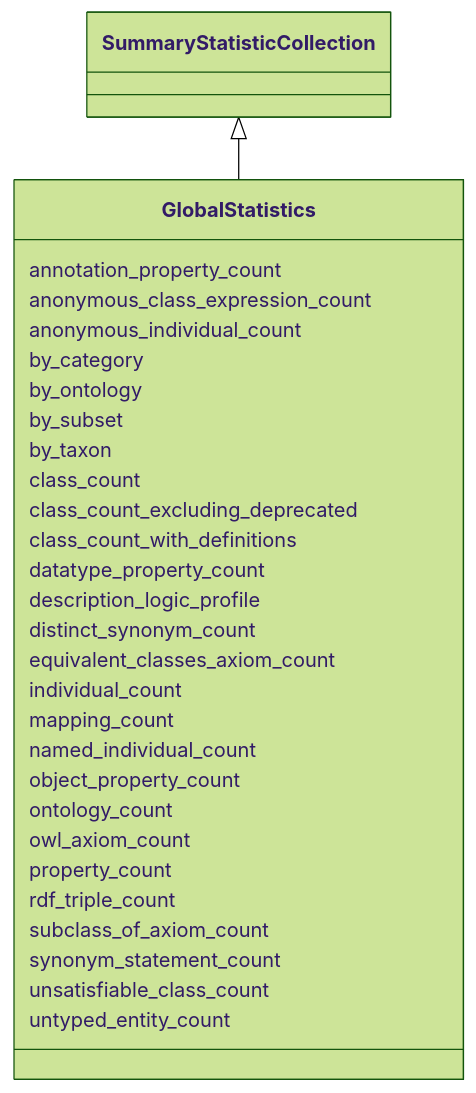
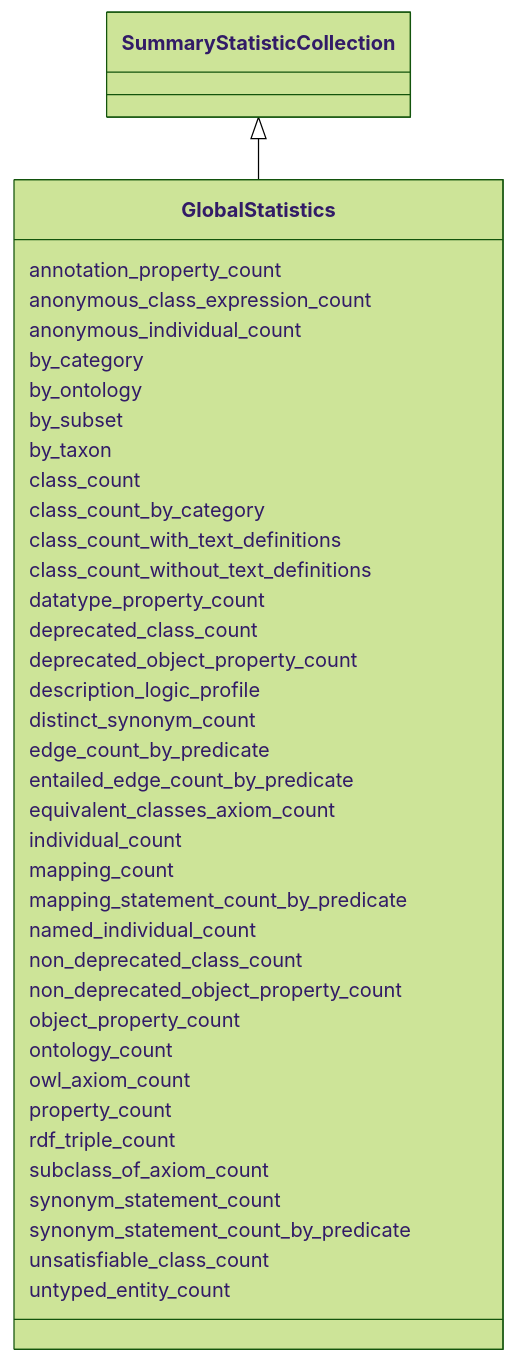
Before and after one commit to INCATools/ontology-access-kit: the diagram in summary-statistics/GlobalStatistics.md, drawn with Mermaid (forest theme). The commit also changed other lines of this file and 112 other files, not shown here.

````diff
--- a/summary-statistics/GlobalStatistics.md
+++ b/summary-statistics/GlobalStatistics.md
@@ -11,33 +11,42 @@
 ```{mermaid}
  classDiagram
     class GlobalStatistics
       SummaryStatisticCollection <|-- GlobalStatistics
       
       GlobalStatistics : annotation_property_count
       GlobalStatistics : anonymous_class_expression_count
       GlobalStatistics : anonymous_individual_count
       GlobalStatistics : by_category
       GlobalStatistics : by_ontology
       GlobalStatistics : by_subset
       GlobalStatistics : by_taxon
       GlobalStatistics : class_count
-      GlobalStatistics : class_count_excluding_deprecated
-      GlobalStatistics : class_count_with_definitions
+      GlobalStatistics : class_count_by_category
+      GlobalStatistics : class_count_with_text_definitions
+      GlobalStatistics : class_count_without_text_definitions
       GlobalStatistics : datatype_property_count
+      GlobalStatistics : deprecated_class_count
+      GlobalStatistics : deprecated_object_property_count
       GlobalStatistics : description_logic_profile
       GlobalStatistics : distinct_synonym_count
+      GlobalStatistics : edge_count_by_predicate
+      GlobalStatistics : entailed_edge_count_by_predicate
       GlobalStatistics : equivalent_classes_axiom_count
       GlobalStatistics : individual_count
       GlobalStatistics : mapping_count
+      GlobalStatistics : mapping_statement_count_by_predicate
       GlobalStatistics : named_individual_count
+      GlobalStatistics : non_deprecated_class_count
+      GlobalStatistics : non_deprecated_object_property_count
       GlobalStatistics : object_property_count
       GlobalStatistics : ontology_count
       GlobalStatistics : owl_axiom_count
       GlobalStatistics : property_count
       GlobalStatistics : rdf_triple_count
       GlobalStatistics : subclass_of_axiom_count
       GlobalStatistics : synonym_statement_count
+      GlobalStatistics : synonym_statement_count_by_predicate
       GlobalStatistics : unsatisfiable_class_count
       GlobalStatistics : untyped_entity_count
       
 ```
````
